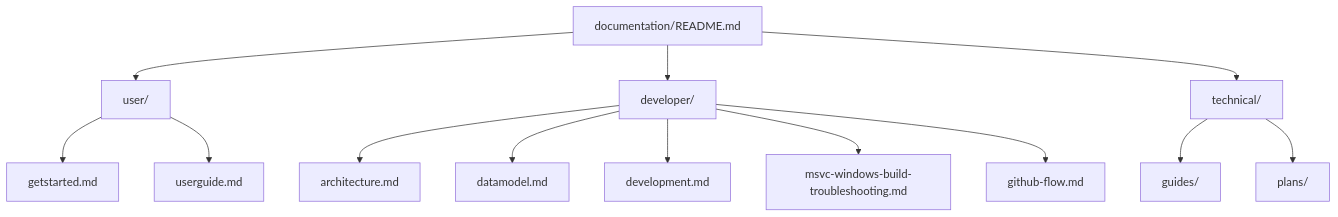
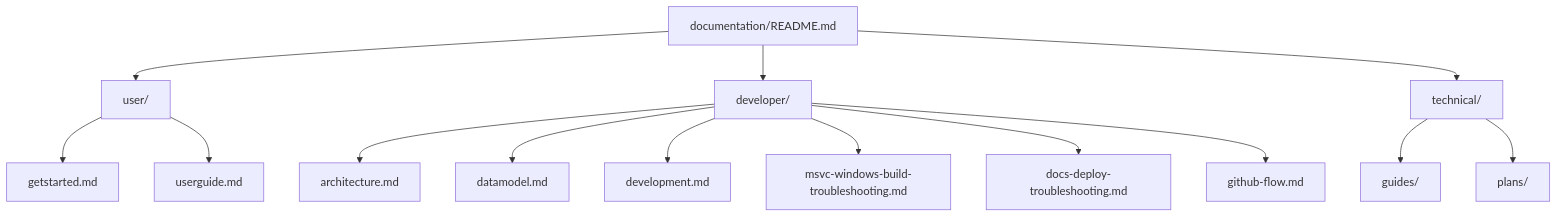
Before and after one commit to imperialCHEPI/healthgps: the diagram in documentation/README.md, drawn with Mermaid. The commit also changed other lines of this file and 3 other files, not shown here.

````diff
--- a/documentation/README.md
+++ b/documentation/README.md
@@ -37,16 +38,17 @@
 ```mermaid
 flowchart TB
     ROOT[documentation/README.md]
     ROOT --> USER[user/]
     ROOT --> DEV[developer/]
     ROOT --> TECH[technical/]
     USER --> GS[getstarted.md]
     USER --> UG[userguide.md]
     DEV --> ARCH[architecture.md]
     DEV --> DM[datamodel.md]
     DEV --> DV[development.md]
     DEV --> MSVC[msvc-windows-build-troubleshooting.md]
+    DEV --> DOCSDEP[docs-deploy-troubleshooting.md]
     DEV --> GH[github-flow.md]
     TECH --> GUIDES[guides/]
     TECH --> PLANS[plans/]
 ```
````
